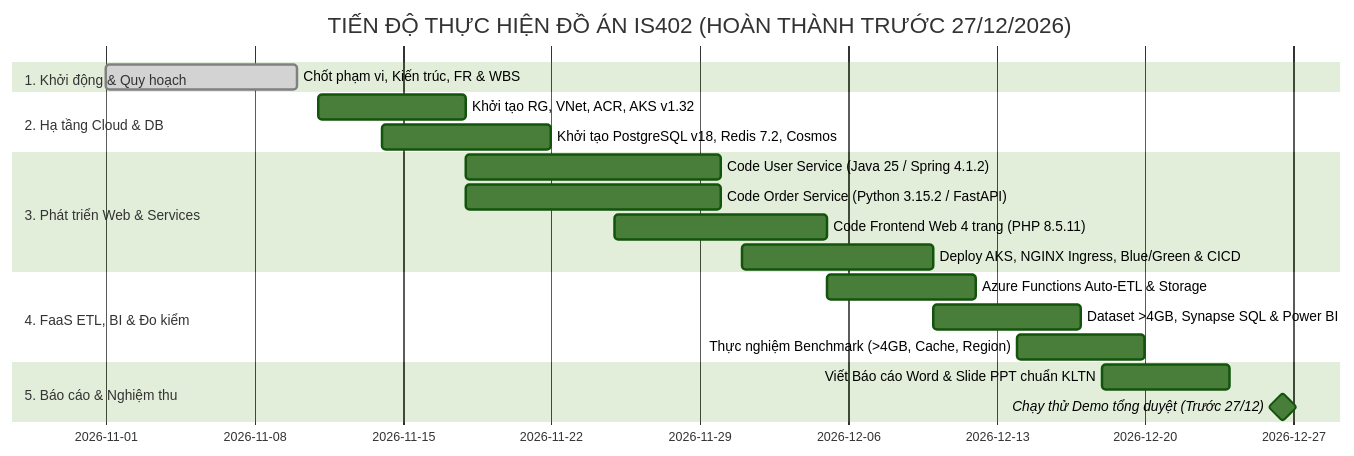
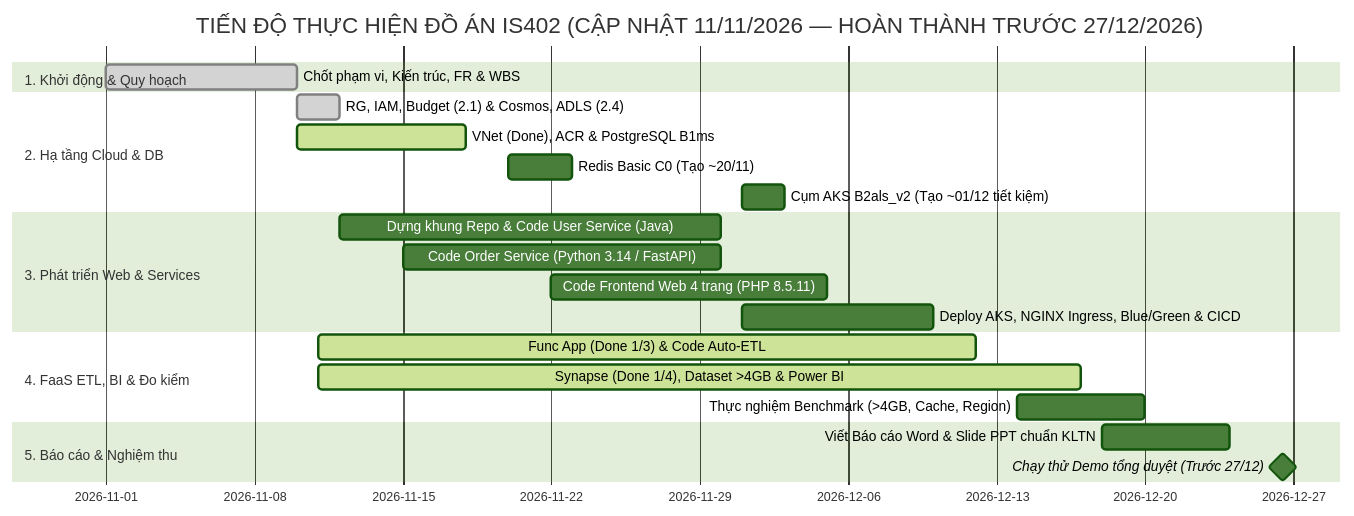
The diagram in azure-ecommerce-application/docs/2-planning-phase/wbs.md (helios-ryuu/azure-ecommerce-devops-is402), drawn with Mermaid (forest theme) before and after one commit. The commit also changed other lines of this file and 8 other files, not shown here.

First line of the commit message:
docs(ecommerce): finalize Japan East region, Python 3.14, Flex Consumption, and sync WBS/LOG progress

````diff
--- a/azure-ecommerce-application/docs/2-planning-phase/wbs.md
+++ b/azure-ecommerce-application/docs/2-planning-phase/wbs.md
@@ -33,22 +33,24 @@
 ```mermaid
 gantt
-    title TIẾN ĐỘ THỰC HIỆN ĐỒ ÁN IS402 (HOÀN THÀNH TRƯỚC 27/12/2026)
+    title TIẾN ĐỘ THỰC HIỆN ĐỒ ÁN IS402 (CẬP NHẬT 11/11/2026 — HOÀN THÀNH TRƯỚC 27/12/2026)
     dateFormat  YYYY-MM-DD
     section 1. Khởi động & Quy hoạch
     Chốt phạm vi, Kiến trúc, FR & WBS          :done, wbs1, 2026-11-01, 2026-11-10
     section 2. Hạ tầng Cloud & DB
-    Khởi tạo RG, VNet, ACR, AKS v1.32          :wbs2a, 2026-11-11, 2026-11-18
-    Khởi tạo PostgreSQL v18, Redis 7.2, Cosmos :wbs2b, 2026-11-14, 2026-11-22
+    RG, IAM, Budget (2.1) & Cosmos, ADLS (2.4) :done, wbs2done, 2026-11-10, 2026-11-12
+    VNet (Done), ACR & PostgreSQL B1ms         :active, wbs2a, 2026-11-10, 2026-11-18
+    Redis Basic C0 (Tạo ~20/11)                :wbs2b, 2026-11-20, 2026-11-23
+    Cụm AKS B2als_v2 (Tạo ~01/12 tiết kiệm)    :wbs2c, 2026-12-01, 2026-12-03
     section 3. Phát triển Web & Services
-    Code User Service (Java 25 / Spring 4.1.2) :wbs3a, 2026-11-18, 2026-11-30
-    Code Order Service (Python 3.15.2 / FastAPI):wbs3b, 2026-11-18, 2026-11-30
-    Code Frontend Web 4 trang (PHP 8.5.11)        :wbs3c, 2026-11-25, 2026-12-05
+    Dựng khung Repo & Code User Service (Java) :wbs3a, 2026-11-12, 2026-11-30
+    Code Order Service (Python 3.14 / FastAPI) :wbs3b, 2026-11-15, 2026-11-30
+    Code Frontend Web 4 trang (PHP 8.5.11)     :wbs3c, 2026-11-22, 2026-12-05
     Deploy AKS, NGINX Ingress, Blue/Green & CICD:wbs3d, 2026-12-01, 2026-12-10
     section 4. FaaS ETL, BI & Đo kiểm
-    Azure Functions Auto-ETL & Storage         :wbs4a, 2026-12-05, 2026-12-12
-    Dataset >4GB, Synapse SQL & Power BI       :wbs4b, 2026-12-10, 2026-12-17
+    Func App (Done 1/3) & Code Auto-ETL        :active, wbs4a, 2026-11-11, 2026-12-12
+    Synapse (Done 1/4), Dataset >4GB & Power BI:active, wbs4b, 2026-11-11, 2026-12-17
     Thực nghiệm Benchmark (>4GB, Cache, Region):wbs4c, 2026-12-14, 2026-12-20
     section 5. Báo cáo & Nghiệm thu
     Viết Báo cáo Word & Slide PPT chuẩn KLTN   :wbs5a, 2026-12-18, 2026-12-24
     Chạy thử Demo tổng duyệt (Trước 27/12)     :milestone, wbs5b, 2026-12-26, 1d
 ```
````
